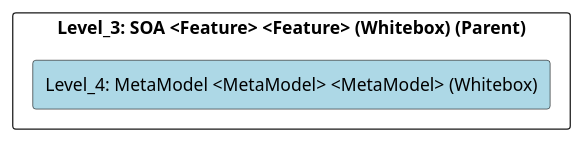
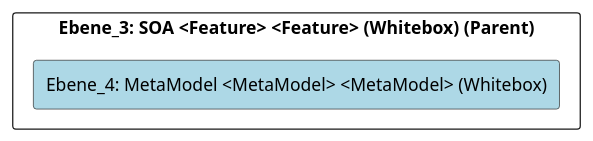
One commit to marcozwyssig/cleon changed the diagram in doc/cleonproject_deliverables_architecture_model_architecture/adoc/de/05_bausteinsicht/cleon/architecture_styles_and_patterns/soa/metamodel/ebene_4_metamodel.adoc. Above: the diagram before and after it, drawn with PlantUML. The commit also changed other lines of this file and 214 other files, not shown here.

```diff
--- a/doc/cleonproject_deliverables_architecture_model_architecture/adoc/de/05_bausteinsicht/cleon/architecture_styles_and_patterns/soa/metamodel/ebene_4_metamodel.adoc
+++ b/doc/cleonproject_deliverables_architecture_model_architecture/adoc/de/05_bausteinsicht/cleon/architecture_styles_and_patterns/soa/metamodel/ebene_4_metamodel.adoc
@@ -20,24 +20,24 @@
-[plantuml, Level_4: MetaModel <MetaModel> <MetaModel> (Whitebox)BlockOverview, format="svg"]
+[plantuml, Ebene_4: MetaModel <MetaModel> <MetaModel> (Whitebox)BlockOverview, format="svg"]
 ----
-@startuml Level_4: MetaModel <MetaModel> <MetaModel> (Whitebox)BuildingBlockOverview
+@startuml Ebene_4: MetaModel <MetaModel> <MetaModel> (Whitebox)BuildingBlockOverview
 
 skinparam ranksep 10
 skinparam componentStyle rectangle
 skinparam shadowing false
 skinparam arrowColor lightblue
 skinparam arrowThickness 1.2
 skinparam rectangle {
   BackgroundColor White
   BorderColor #333
   RoundCorner 10
 }
 top to bottom direction
 
-component "Level_3: SOA <Feature> <Feature> (Whitebox) (Parent)" {
-    component "Level_4: MetaModel <MetaModel> <MetaModel> (Whitebox)" #lightblue {
+component "Ebene_3: SOA <Feature> <Feature> (Whitebox) (Parent)" {
+    component "Ebene_4: MetaModel <MetaModel> <MetaModel> (Whitebox)" #lightblue {
     }
 
 }
 
 @enduml
 ----
```
